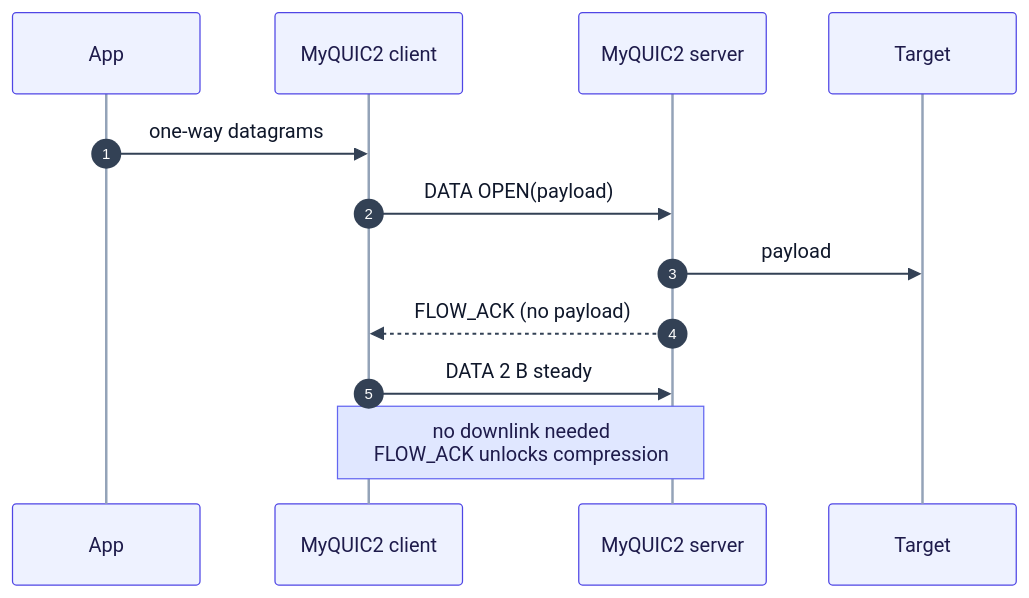
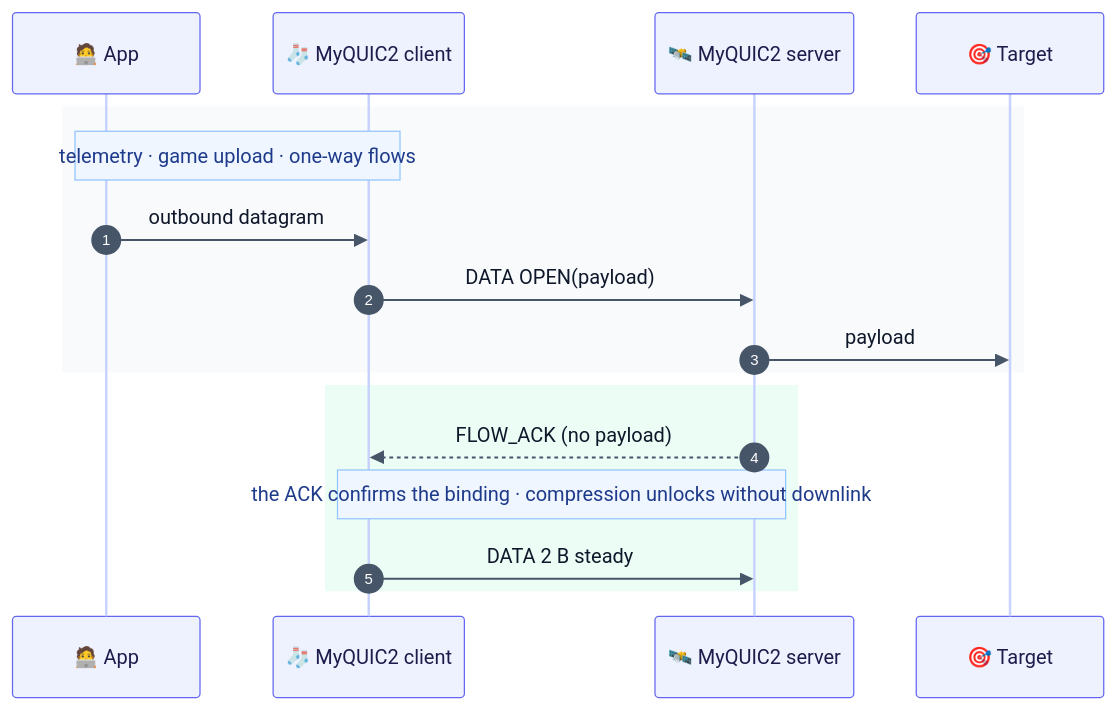
Diagram 16 of 25 in README.md (Terutoki/MyQUIC2), drawn with Mermaid before and after one commit. The commit also changed other lines of this file, not shown here.

First line of the commit message:
docs(readme): redraw the Mermaid atlas with a polished visual system

````diff
--- a/README.md
+++ b/README.md
@@ -722,15 +816,20 @@
 ```mermaid
-%%{init: {"theme":"base","themeVariables":{"fontSize":"14px","actorBkg":"#eef2ff","actorBorder":"#4f46e5","actorTextColor":"#1e1b4b","actorLineColor":"#94a3b8","signalColor":"#334155","signalTextColor":"#0f172a","labelBoxBkgColor":"#e0e7ff","labelBoxBorderColor":"#6366f1","labelTextColor":"#1e1b4b","loopTextColor":"#1e1b4b","noteBkgColor":"#e0e7ff","noteBorderColor":"#6366f1","noteTextColor":"#1e1b4b","activationBkgColor":"#c7d2fe","activationBorderColor":"#4f46e5","sequenceNumberBackgroundColor":"#4f46e5","sequenceNumberColor":"#ffffff"}}}%%
+%%{init: {"theme":"base","themeVariables":{"fontSize":"15px","actorBkg":"#eef2ff","actorBorder":"#6366f1","actorTextColor":"#1e1b4b","actorLineColor":"#c7d2fe","signalColor":"#475569","signalTextColor":"#0f172a","labelBoxBkgColor":"#f8fafc","labelBoxBorderColor":"#cbd5e1","labelTextColor":"#0f172a","loopTextColor":"#0f172a","noteBkgColor":"#eff6ff","noteBorderColor":"#93c5fd","noteTextColor":"#1e3a8a","activationBkgColor":"#e0e7ff","activationBorderColor":"#6366f1","sequenceNumberBackgroundColor":"#6366f1","sequenceNumberColor":"#ffffff"}} }%%
 sequenceDiagram
-autonumber
-    participant App
-    participant Client as MyQUIC2 client
-    participant Server as MyQUIC2 server
-    participant Target
-    App->>Client: one-way datagrams
-    Client->>Server: DATA OPEN(payload)
-    Server->>Target: payload
-    Server-->>Client: FLOW_ACK (no payload)
-    Client->>Server: DATA 2 B steady
-    Note over Client,Server: no downlink needed<br/>FLOW_ACK unlocks compression
+    autonumber
+    participant App as 🧑‍💻 App
+    participant Client as 🧦 MyQUIC2 client
+    participant Server as 🛰️ MyQUIC2 server
+    participant Target as 🎯 Target
+        rect rgb(248, 250, 252)
+            Note over App,Client: telemetry · game upload · one-way flows
+            App->>Client: outbound datagram
+            Client->>Server: DATA OPEN(payload)
+            Server->>Target: payload
+        end
+        rect rgb(236, 253, 245)
+            Server-->>Client: FLOW_ACK (no payload)
+            Note over Client,Server: the ACK confirms the binding · compression unlocks without downlink
+            Client->>Server: DATA 2 B steady
+        end
 ```
````
